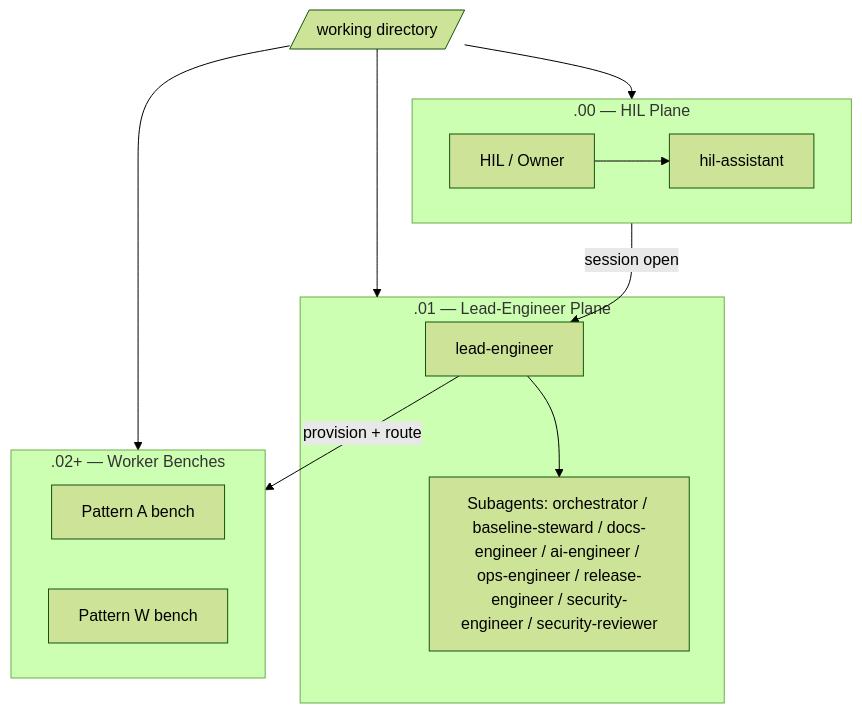
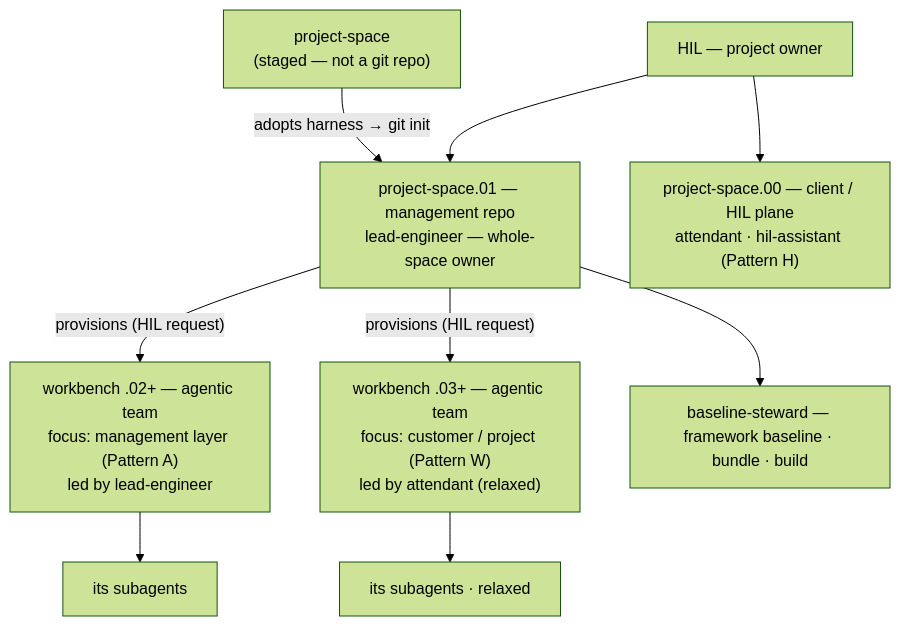
One commit to sworley/AgenticCore changed the first of 4 diagrams in mddocs/onboarding/visual-overview.md. Above: the diagram before and after it, drawn with Mermaid (forest theme). The commit also changed other lines of this file and 1 other file, not shown here.

First line of the commit message:
docs: rework visual overview to match the bench hierarchy model

````diff
--- a/mddocs/onboarding/visual-overview.md
+++ b/mddocs/onboarding/visual-overview.md
@@ -15,26 +22,18 @@
 ```mermaid
 flowchart TD
-    Root[/working directory/] --> HIL
-    Root --> LEAD
-    Root --> WORK
+    P["project-space<br/>(staged — not a git repo)"] -->|"adopts harness → git init"| ONE
 
-    subgraph HIL[.00 — HIL Plane]
-        Own[HIL / Owner]
-        HA[hil-assistant]
-        Own --> HA
-    end
+    HIL["HIL — project owner"] --> ONE
+    HIL --> ZERO
 
-    subgraph LEAD[.01 — Lead-Engineer Plane]
-        LE[lead-engineer]
-        Sub[Subagents: orchestrator / baseline-steward / docs-engineer / ai-engineer / ops-engineer / release-engineer / security-engineer / security-reviewer]
-        LE --> Sub
-    end
+    ONE["project-space.01 — management repo<br/>lead-engineer — whole-space owner"]
 
-    subgraph WORK[.02+ — Worker Benches]
-        W1[Pattern A bench]
-        W2[Pattern W bench]
-    end
+    ZERO["project-space.00 — client / HIL plane<br/>attendant · hil-assistant (Pattern H)"]
 
-    HIL -->|session open| LE
-    LE -->|provision + route| WORK
+    ONE -->|"provisions (HIL request)"| A2["workbench .02+ — agentic team<br/>focus: management layer (Pattern A)<br/>led by lead-engineer"]
+    ONE -->|"provisions (HIL request)"| W2["workbench .03+ — agentic team<br/>focus: customer / project (Pattern W)<br/>led by attendant (relaxed)"]
+    A2 --> SA[its subagents]
+    W2 --> SW[its subagents · relaxed]
+
+    ONE --> BS[baseline-steward — framework baseline · bundle · build]
 ```
````
